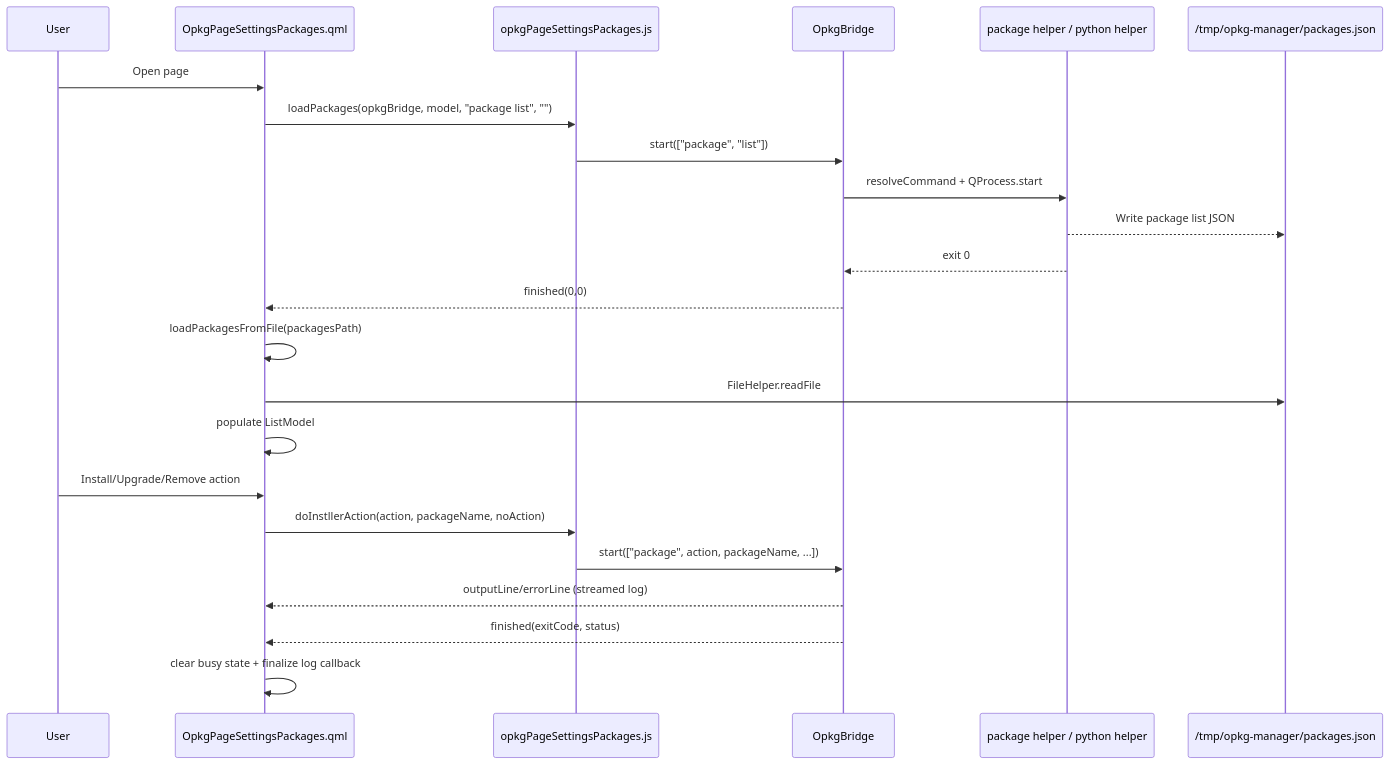
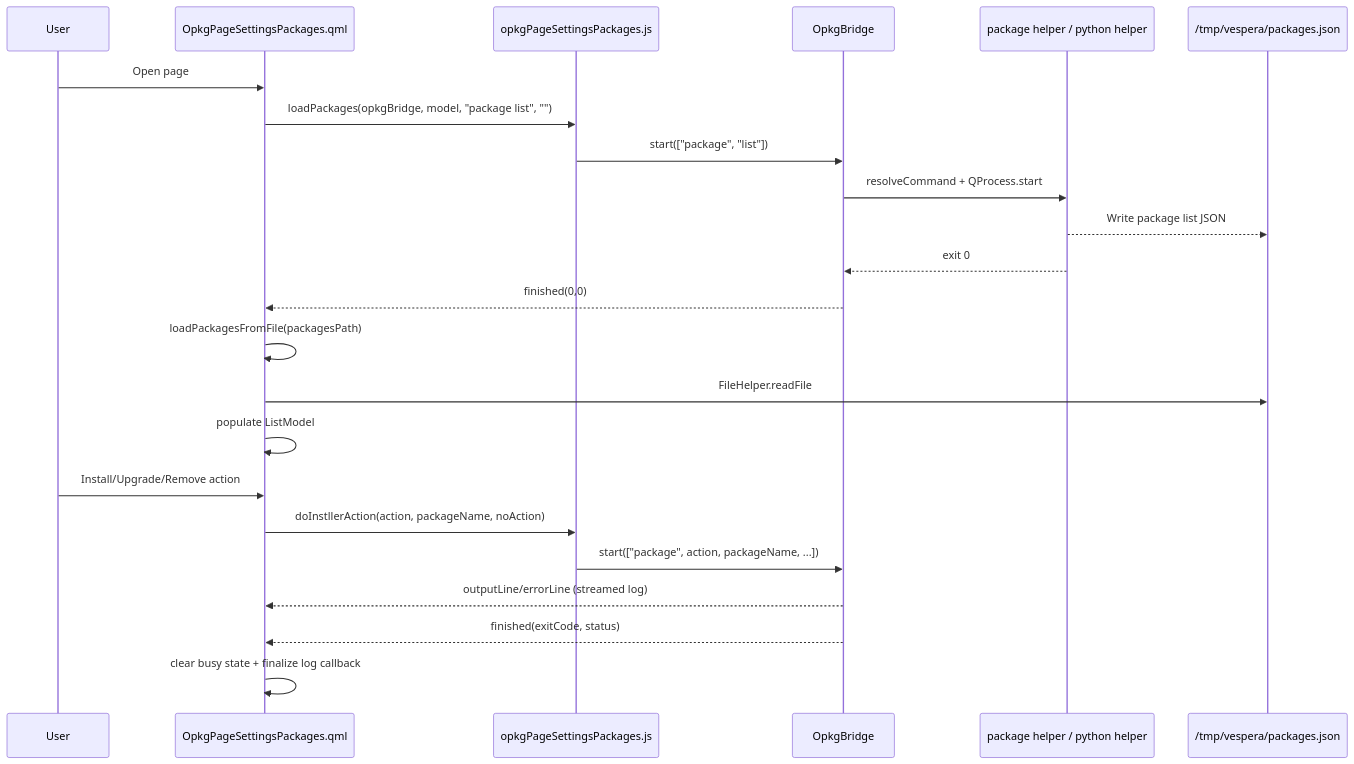
Before and after one commit to thespinmaster/venus-os-addons: the second of 6 diagrams in addons/vespera/docs/mermaid-diagrams.md, drawn with Mermaid. The commit also changed other lines of this file and 575 other files, not shown here.

````diff
--- a/addons/vespera/docs/mermaid-diagrams.md
+++ b/addons/vespera/docs/mermaid-diagrams.md
@@ -28,27 +28,27 @@
 ```mermaid
 sequenceDiagram
     participant User
     participant PackagesPage as OpkgPageSettingsPackages.qml
     participant Vm as opkgPageSettingsPackages.js
     participant Bridge as OpkgBridge
     participant Runner as package helper / python helper
-    participant Cache as /tmp/opkg-manager/packages.json
+    participant Cache as /tmp/vespera/packages.json
 
     User->>PackagesPage: Open page
     PackagesPage->>Vm: loadPackages(opkgBridge, model, "package list", "")
     Vm->>Bridge: start(["package", "list"])
     Bridge->>Runner: resolveCommand + QProcess.start
     Runner-->>Cache: Write package list JSON
     Runner-->>Bridge: exit 0
     Bridge-->>PackagesPage: finished(0,0)
     PackagesPage->>PackagesPage: loadPackagesFromFile(packagesPath)
     PackagesPage->>Cache: FileHelper.readFile
     PackagesPage->>PackagesPage: populate ListModel
 
     User->>PackagesPage: Install/Upgrade/Remove action
     PackagesPage->>Vm: doInstllerAction(action, packageName, noAction)
     Vm->>Bridge: start(["package", action, packageName, ...])
     Bridge-->>PackagesPage: outputLine/errorLine (streamed log)
     Bridge-->>PackagesPage: finished(exitCode, status)
     PackagesPage->>PackagesPage: clear busy state + finalize log callback
 ```
````
